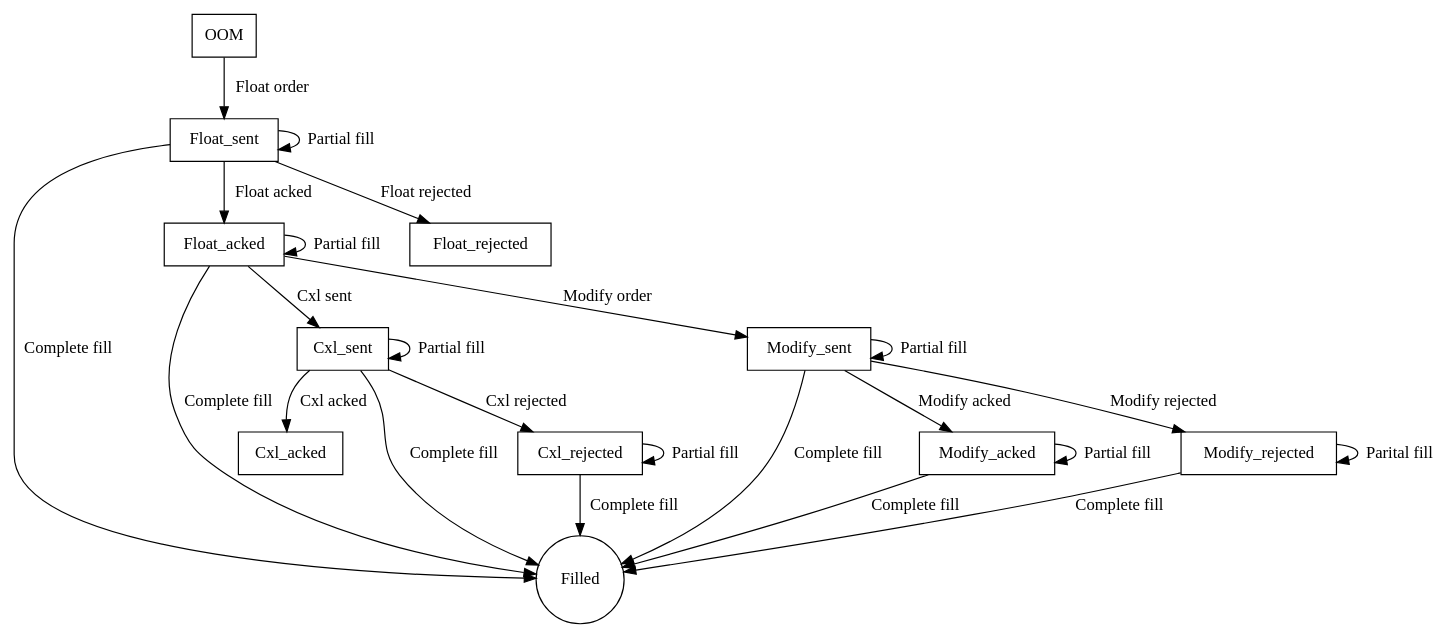
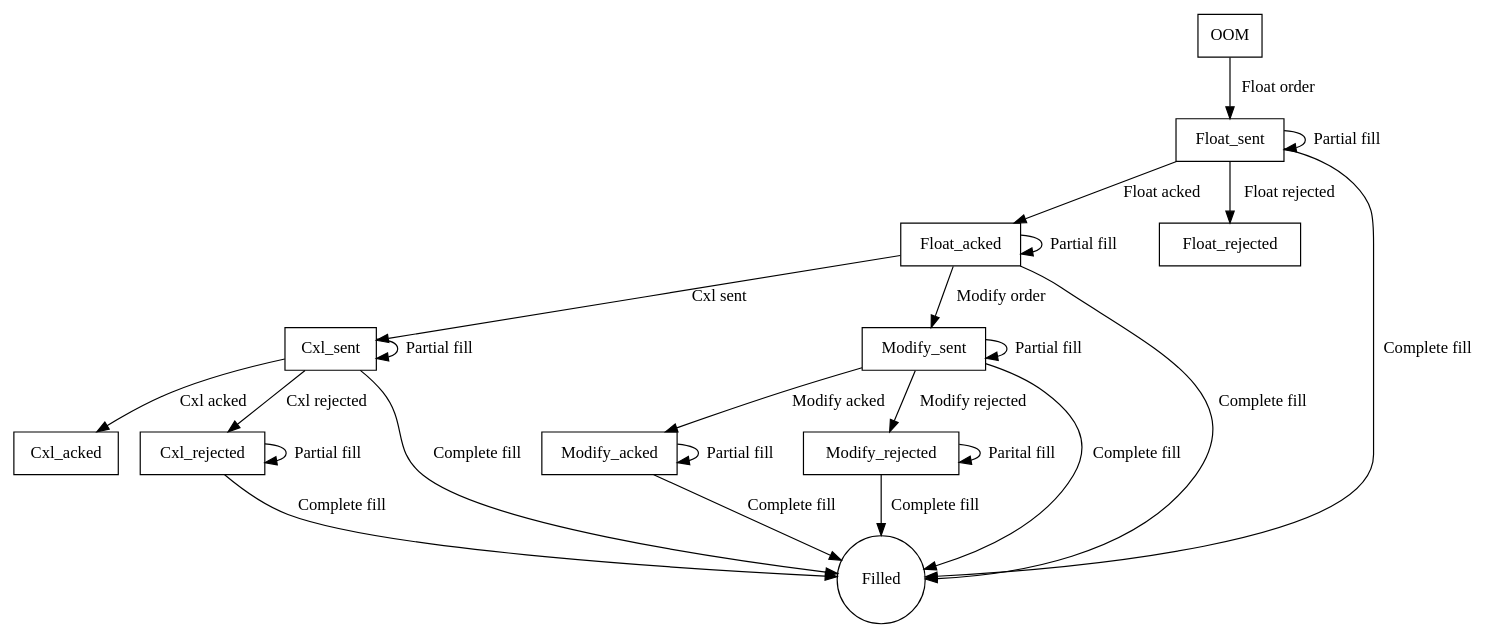
The diagram in OSM.dot (pehlivanian/Order_FSM), drawn with Graphviz before and after one commit. The commit also changed 3 other files, not shown here.

```diff
--- a/OSM.dot
+++ b/OSM.dot
@@ -1,31 +1,38 @@
 digraph OSM {
-  node [shape=record];
+     node [shape=record];
+
+     { rank = same; OOM; }
+     { rank = same; Float_sent; }
+     { rank = same; Float_acked; Float_rejected; }
+     { rank = same; Cxl_sent; Modify_sent; }
+     { rank = same; Cxl_acked; Cxl_rejected; Modify_acked; Modify_rejected; }
+     { rank = same; Filled; }
      Cxl_acked [shaper=ellipse];
      Filled [shape=box];
      OOM  -> Float_sent [label="Float order"]
      Float_sent -> Float_acked [label="Float acked"]
      Float_sent -> Float_sent [label="Partial fill"]
      Float_acked -> Float_acked [label="Partial fill"]
      Float_sent -> Float_rejected [label="Float rejected"]
      Float_acked -> Cxl_sent [label="Cxl sent"]
      Float_acked -> Modify_sent [label="Modify order"]
      Cxl_sent -> Cxl_acked [label="Cxl acked"]
      Cxl_sent -> Cxl_rejected [label="Cxl rejected"]
      Cxl_sent -> Cxl_sent [label="Partial fill"]
      Cxl_rejected -> Cxl_rejected [label="Partial fill"]
      Modify_sent -> Modify_acked [label="Modify acked"]
      Modify_sent -> Modify_rejected [label="Modify rejected"]
      Modify_rejected -> Modify_rejected [label="Parital fill"]
      Modify_acked -> Modify_acked [label="Partial fill"]
      Modify_sent -> Modify_sent [label="Partial fill"]
      Float_sent -> Filled [label="Complete fill"]
      Float_acked -> Filled [label="Complete fill"]
      Cxl_sent -> Filled [label="Complete fill"]
      Cxl_rejected -> Filled [label="Complete fill"]
      Modify_sent -> Filled [label="Complete fill"]
      Modify_acked -> Filled [label="Complete fill"]
      Modify_rejected -> Filled [label="Complete fill"]
      
      
      Filled [shape=circle]
 }
```
